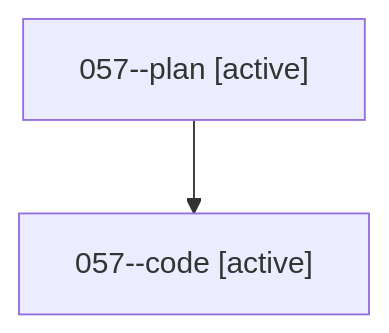
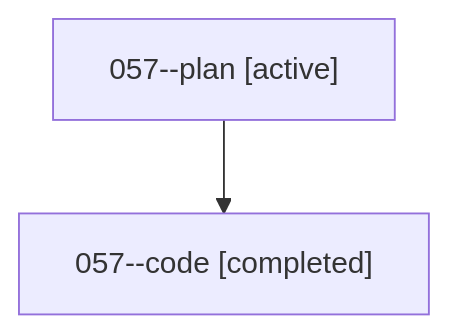
The diagram in families/bbugyi200.athena.057.md (sase-org/sase--agents), drawn with Mermaid before and after one commit. The commit also changed other lines of this file and 35830 other files, not shown here.

````diff
--- a/families/bbugyi200.athena.057.md
+++ b/families/bbugyi200.athena.057.md
@@ -9,6 +9,6 @@
 ```mermaid
 flowchart TD
   n0["057--plan [active]"]
-  n1["057--code [active]"]
+  n1["057--code [completed]"]
   n0 --> n1
 ```
````
